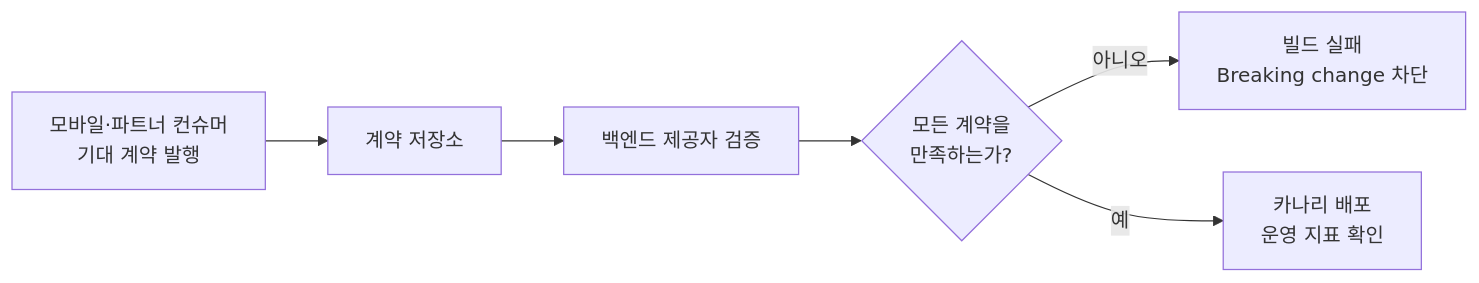
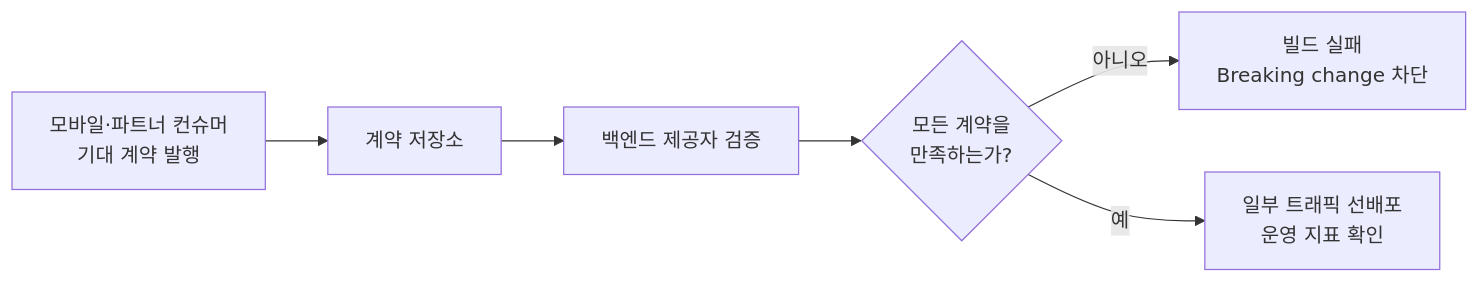
One commit to jon890/fos-study changed the fourth of 5 diagrams in architecture/api-versioning-backward-compatibility.md. Above: the diagram before and after it, drawn with Mermaid. The commit also changed other lines of this file, not shown here.

Commit message:
docs(architecture): refine api versioning examples

````diff
--- a/architecture/api-versioning-backward-compatibility.md
+++ b/architecture/api-versioning-backward-compatibility.md
@@ -558,8 +590,8 @@
 ```mermaid
 flowchart LR
     C["모바일·파트너 컨슈머<br/>기대 계약 발행"] --> B["계약 저장소"]
     B --> P["백엔드 제공자 검증"]
     P --> CI{"모든 계약을<br/>만족하는가?"}
     CI -->|"아니오"| FAIL["빌드 실패<br/>Breaking change 차단"]
-    CI -->|"예"| CANARY["카나리 배포<br/>운영 지표 확인"]
+    CI -->|"예"| CANARY["일부 트래픽 선배포<br/>운영 지표 확인"]
 ```
````
